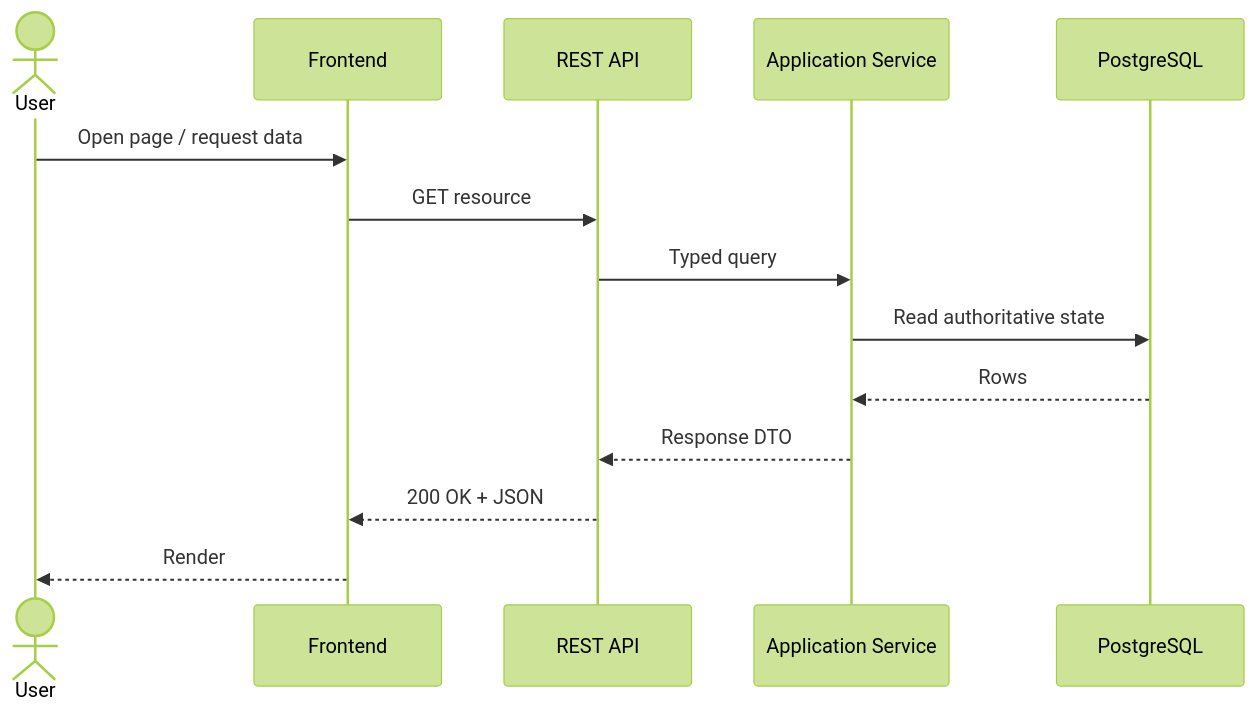
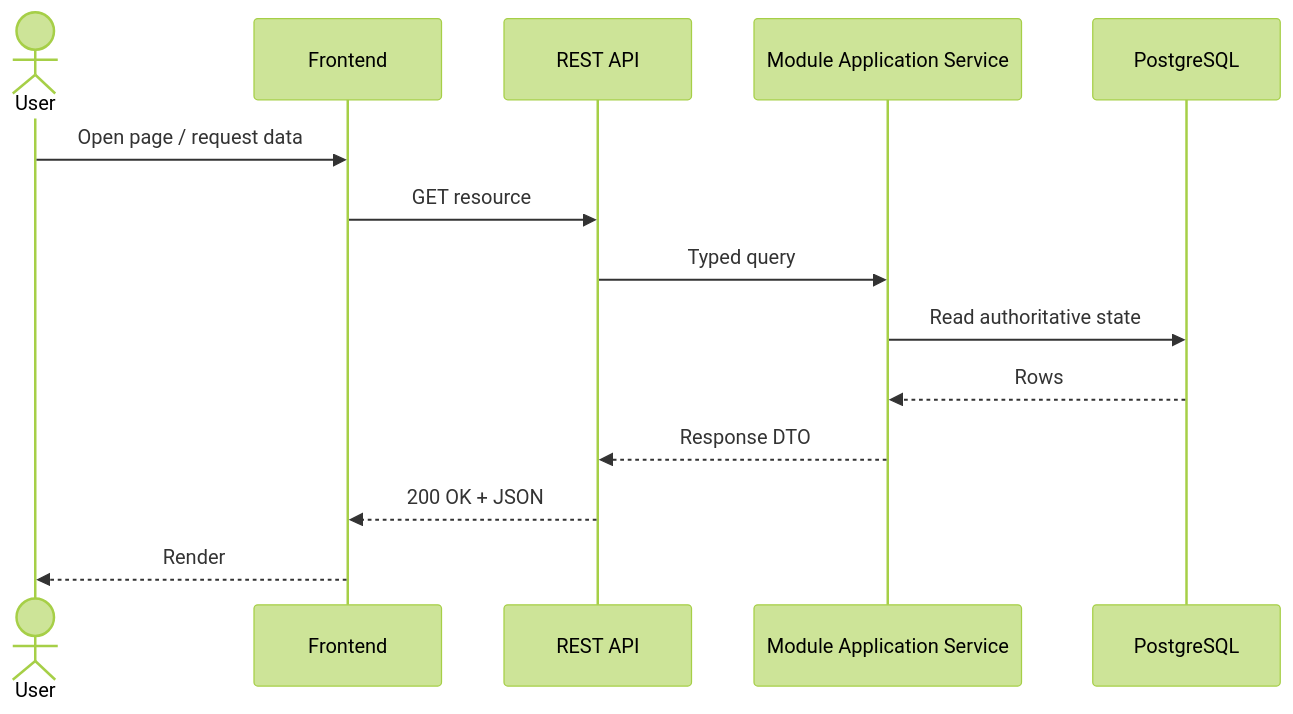
Before and after one commit to thanhdatttt/Cryptox: the first of 6 diagrams in docs/design/data-flow.md, drawn with Mermaid (forest theme). The commit also changed other lines of this file and 15 other files, not shown here.

````diff
--- a/docs/design/data-flow.md
+++ b/docs/design/data-flow.md
@@ -17,17 +19,17 @@
 ```mermaid
 sequenceDiagram
     actor U as User
     participant FE as Frontend
     participant API as REST API
-    participant S as Application Service
+    participant S as Module Application Service
     participant PG as PostgreSQL
 
     U->>FE: Open page / request data
     FE->>API: GET resource
     API->>S: Typed query
     S->>PG: Read authoritative state
     PG-->>S: Rows
     S-->>API: Response DTO
     API-->>FE: 200 OK + JSON
     FE-->>U: Render
 ```
````
